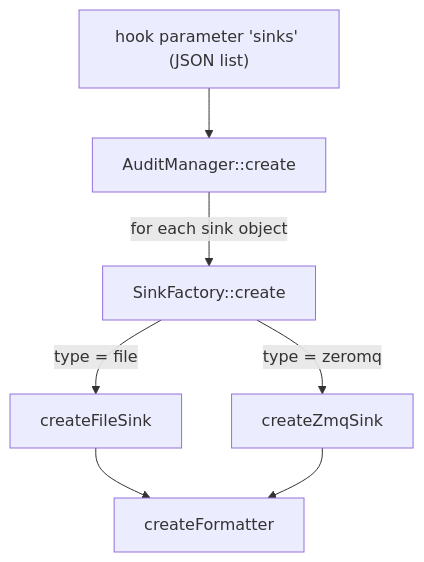
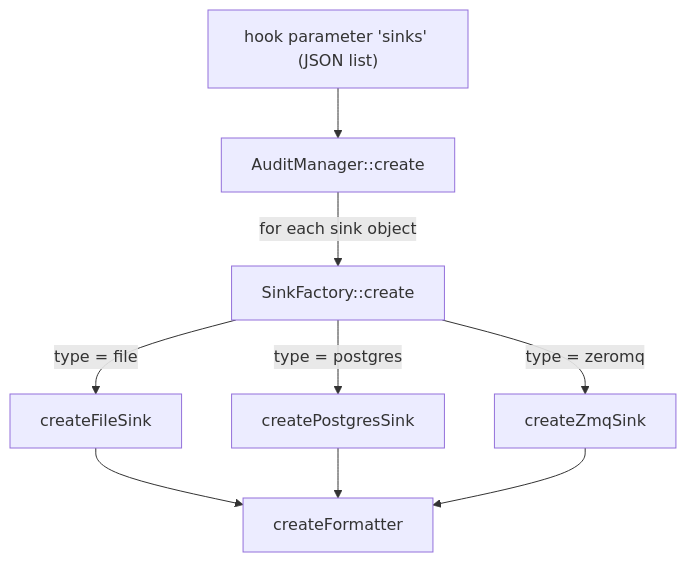
One commit to solvationab/KeaLogHook changed the second of 2 diagrams in docs/architecture.md. Above: the diagram before and after it, drawn with Mermaid. The commit also changed other lines of this file and 7 other files, not shown here.

Commit message:
Enhance documentation and examples for new sink types: file, PostgreSQL, and ZeroMQ; update installation scripts and architecture diagrams.

````diff
--- a/docs/architecture.md
+++ b/docs/architecture.md
@@ -95,9 +97,11 @@
 ```mermaid
 flowchart TD
     P["hook parameter 'sinks' (JSON list)"] --> M[AuditManager::create]
     M -->|for each sink object| F[SinkFactory::create]
     F -->|"type = file"| FS[createFileSink]
+    F -->|"type = postgres"| PS[createPostgresSink]
     F -->|"type = zeromq"| ZS[createZmqSink]
     FS --> CF[createFormatter]
+    PS --> CF
     ZS --> CF
 ```
````
